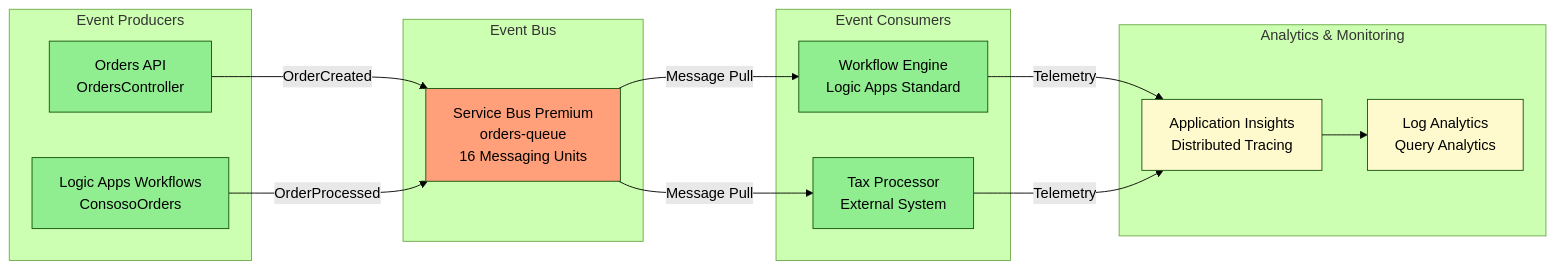
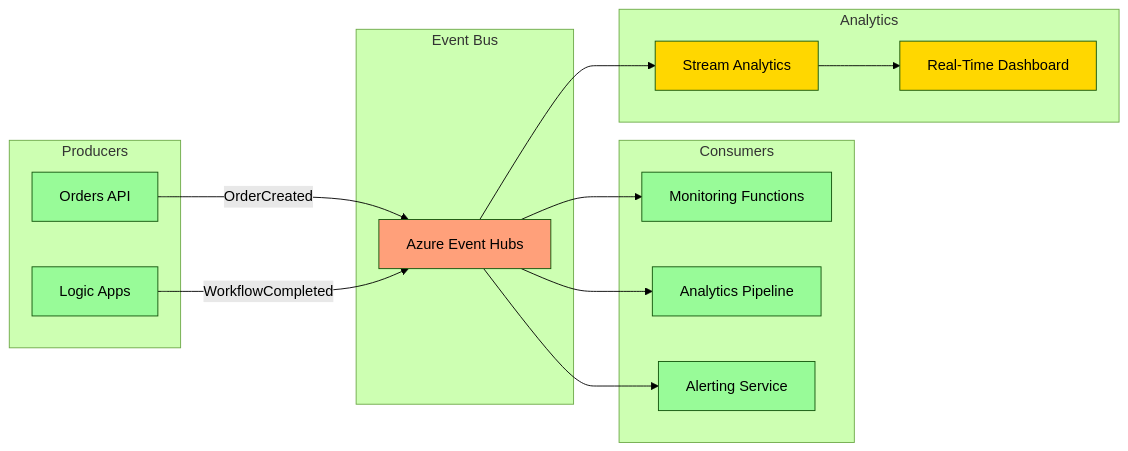
One commit to Evilazaro/Azure-LogicApps-Monitoring changed the seventh of 13 diagrams in bdat.md. Above: the diagram before and after it, drawn with Mermaid (forest theme). The commit also changed other lines of this file, not shown here.

````diff
--- a/bdat.md
+++ b/bdat.md
@@ -349,37 +403,41 @@
 ```mermaid
-graph LR
-    subgraph "Event Producers"
-        A[Orders API<br/>OrdersController]
-        B[Logic Apps Workflows<br/>ConsosoOrders]
+flowchart LR
+    subgraph "Producers"
+        P1[Orders API]
+        P2[Logic Apps]
     end
     
     subgraph "Event Bus"
-        C[Service Bus Premium<br/>orders-queue<br/>16 Messaging Units]
+        EB[Azure Event Hubs]
     end
     
-    subgraph "Event Consumers"
-        D[Workflow Engine<br/>Logic Apps Standard]
-        E[Tax Processor<br/>External System]
+    subgraph "Consumers"
+        C1[Monitoring Functions]
+        C2[Analytics Pipeline]
+        C3[Alerting Service]
     end
     
-    subgraph "Analytics & Monitoring"
-        F[Application Insights<br/>Distributed Tracing]
-        G[Log Analytics<br/>Query Analytics]
+    subgraph "Analytics"
+        A1[Stream Analytics]
+        A2[Real-Time Dashboard]
     end
     
-    A -->|OrderCreated| C
-    C -->|Message Pull| D
-    C -->|Message Pull| E
-    D -->|Telemetry| F
-    E -->|Telemetry| F
-    F --> G
-    B -->|OrderProcessed| C
+    P1 -->|OrderCreated| EB
+    P2 -->|WorkflowCompleted| EB
     
-    style A fill:#90EE90
-    style B fill:#90EE90
-    style C fill:#FFA07A
-    style D fill:#90EE90
-    style E fill:#90EE90
-    style F fill:#FFFACD
-    style G fill:#FFFACD
+    EB --> C1
+    EB --> C2
+    EB --> C3
+    
+    EB --> A1
+    A1 --> A2
+    
+    style P1 fill:#98FB98
+    style P2 fill:#98FB98
+    style EB fill:#FFA07A
+    style C1 fill:#98FB98
+    style C2 fill:#98FB98
+    style C3 fill:#98FB98
+    style A1 fill:#FFD700
+    style A2 fill:#FFD700
 ```
````
